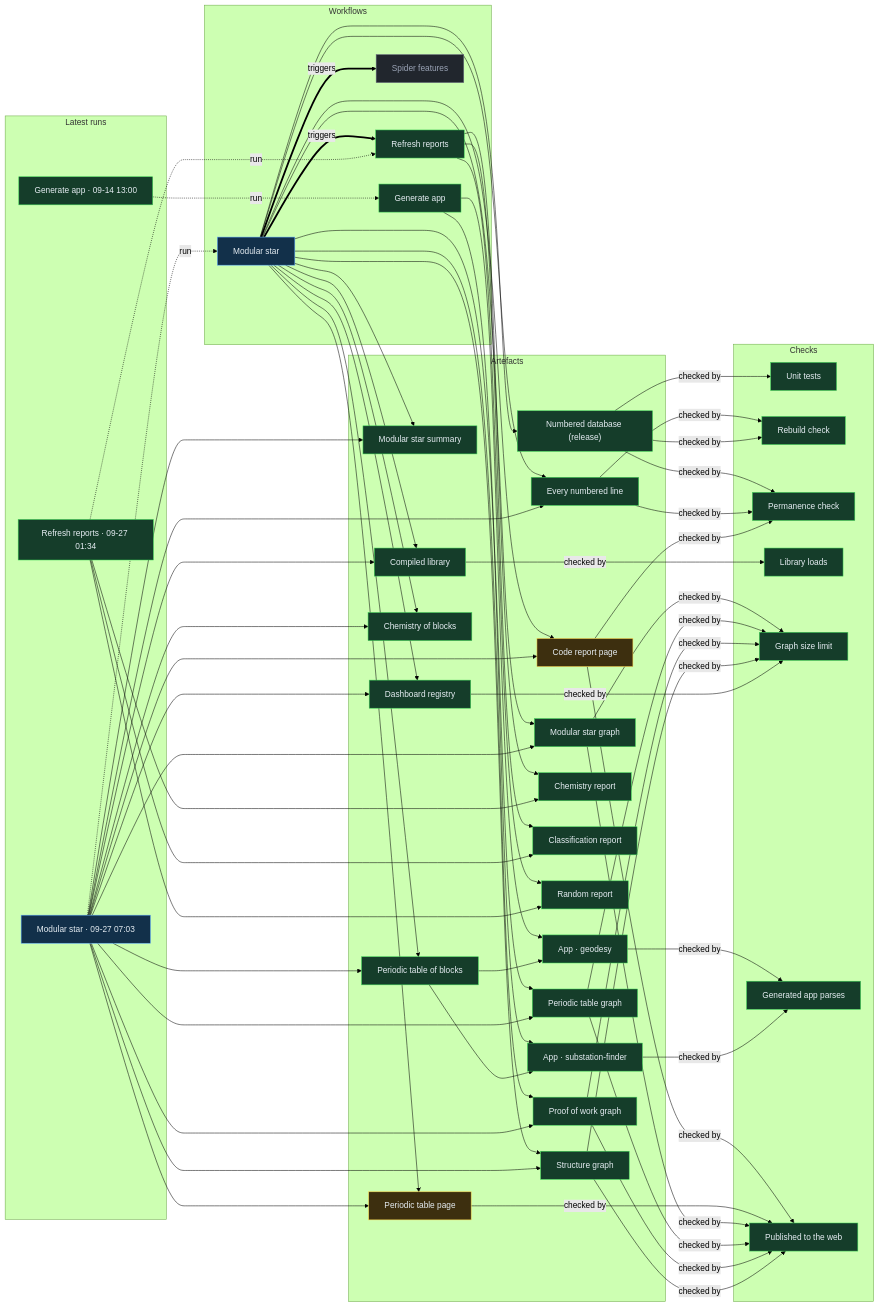
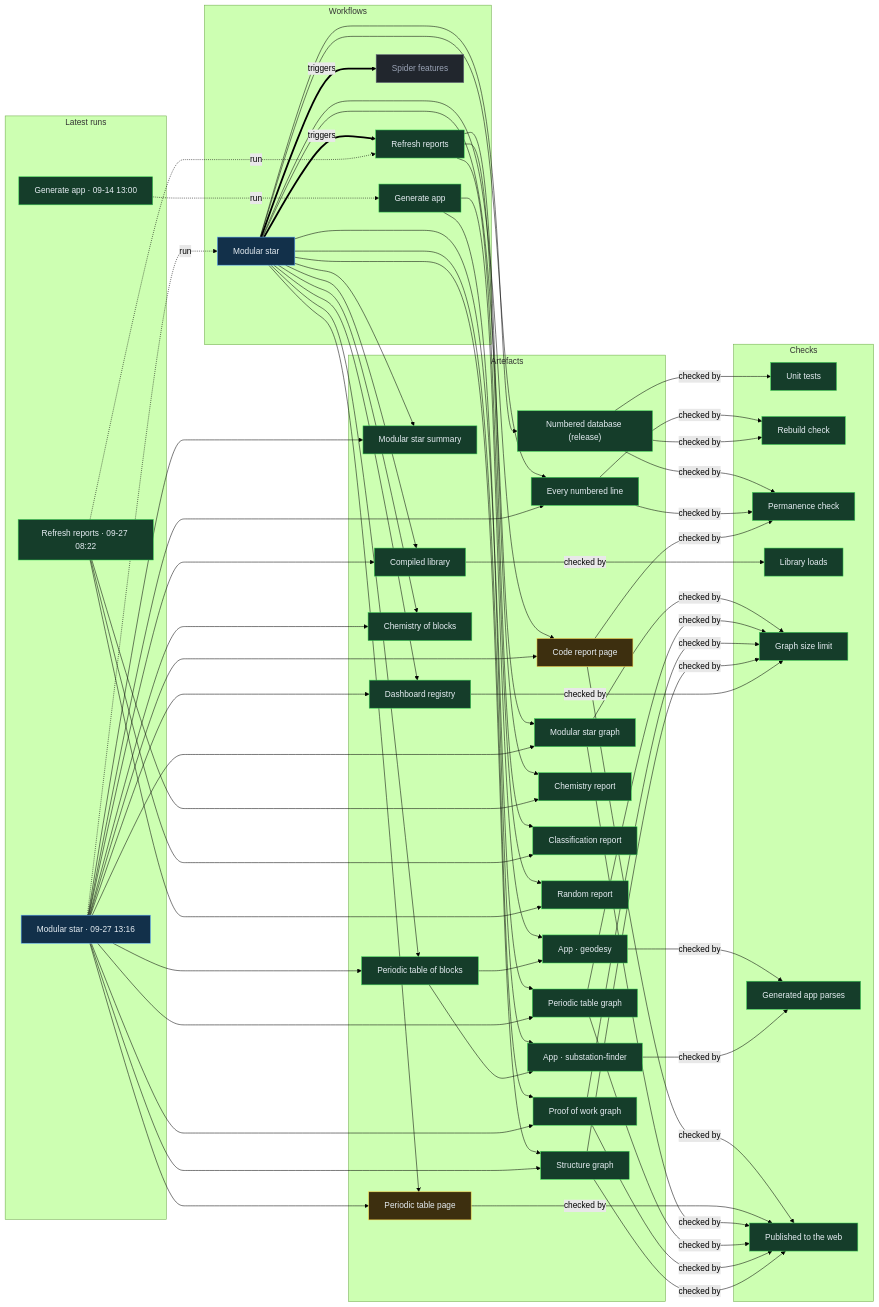
The diagram in proof/PROOF.md (Ventusltd/stars), drawn with Mermaid (forest theme) before and after one commit. The commit also changed other lines of this file and 127 other files, not shown here.

Commit message:
Modular star 2026-09-27T13:18Z

```diff
--- a/proof/PROOF.md
+++ b/proof/PROOF.md
@@ -24,8 +24,8 @@
   n_wf_spider_features["Spider features"]:::off
   end
   subgraph g_runs["Latest runs"]
-  n_run_36301948833["Modular star · 09-27 07:03"]:::live
-  n_run_36285958093["Refresh reports · 09-27 01:34"]:::ok
+  n_run_36321821991["Modular star · 09-27 13:16"]:::live
+  n_run_36306002251["Refresh reports · 09-27 08:22"]:::ok
   n_run_34846587798["Generate app · 09-14 13:00"]:::ok
   end
   subgraph g_artefacts["Artefacts"]
@@ -59,39 +59,39 @@
   end
   n_wf_modular_star == triggers ==> n_wf_refresh
   n_wf_modular_star == triggers ==> n_wf_spider_features
-  n_run_36301948833 -. run .-> n_wf_modular_star
-  n_run_36285958093 -. run .-> n_wf_refresh
+  n_run_36321821991 -. run .-> n_wf_modular_star
+  n_run_36306002251 -. run .-> n_wf_refresh
   n_run_34846587798 -. run .-> n_wf_generate
   n_wf_modular_star --> n_art_summary
-  n_run_36301948833 --> n_art_summary
+  n_run_36321821991 --> n_art_summary
   n_wf_modular_star --> n_art_lines
-  n_run_36301948833 --> n_art_lines
+  n_run_36321821991 --> n_art_lines
   n_wf_modular_star --> n_art_code
-  n_run_36301948833 --> n_art_code
+  n_run_36321821991 --> n_art_code
   n_wf_modular_star --> n_art_modular_graph
-  n_run_36301948833 --> n_art_modular_graph
+  n_run_36321821991 --> n_art_modular_graph
   n_wf_modular_star --> n_art_blocks
-  n_run_36301948833 --> n_art_blocks
+  n_run_36321821991 --> n_art_blocks
   n_wf_modular_star --> n_art_table
-  n_run_36301948833 --> n_art_table
+  n_run_36321821991 --> n_art_table
   n_wf_modular_star --> n_art_blocks_graph
-  n_run_36301948833 --> n_art_blocks_graph
+  n_run_36321821991 --> n_art_blocks_graph
   n_wf_modular_star --> n_art_reactions
-  n_run_36301948833 --> n_art_reactions
+  n_run_36321821991 --> n_art_reactions
   n_wf_modular_star --> n_art_library
-  n_run_36301948833 --> n_art_library
+  n_run_36321821991 --> n_art_library
   n_wf_modular_star --> n_art_features
-  n_run_36301948833 --> n_art_features
+  n_run_36321821991 --> n_art_features
   n_wf_modular_star --> n_art_proof
-  n_run_36301948833 --> n_art_proof
+  n_run_36321821991 --> n_art_proof
   n_wf_modular_star --> n_art_structure
-  n_run_36301948833 --> n_art_structure
+  n_run_36321821991 --> n_art_structure
   n_wf_refresh --> n_art_chemistry
-  n_run_36285958093 --> n_art_chemistry
+  n_run_36306002251 --> n_art_chemistry
   n_wf_refresh --> n_art_vedic
-  n_run_36285958093 --> n_art_vedic
+  n_run_36306002251 --> n_art_vedic
   n_wf_refresh --> n_art_random
-  n_run_36285958093 --> n_art_random
+  n_run_36306002251 --> n_art_random
   n_wf_modular_star --> n_art_release
   n_wf_generate --> n_app_geodesy
   n_art_blocks --> n_app_geodesy
```
